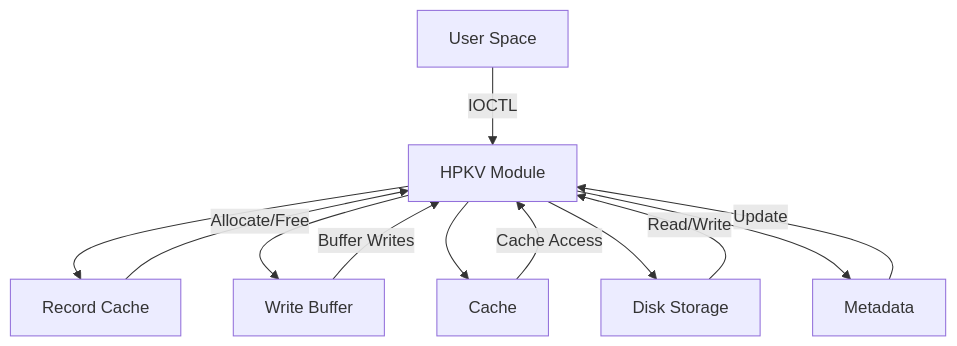
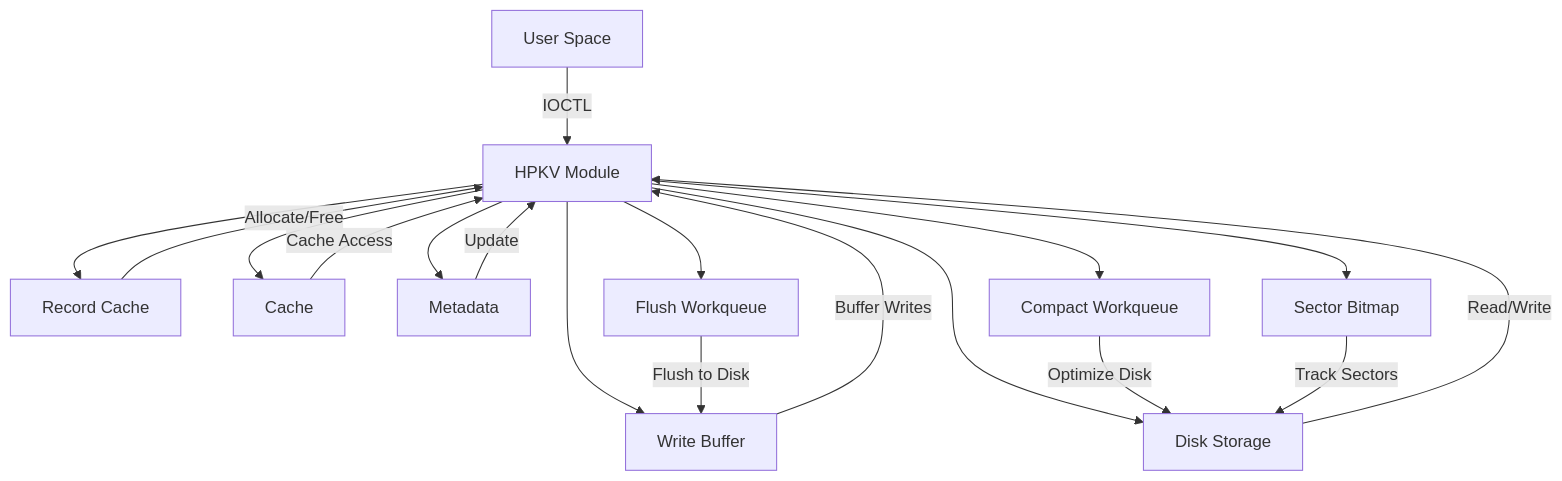
One commit to mehrantsi/high-performance-kv-store changed the first of 10 diagrams in TechnicalDesign.md. Above: the diagram before and after it, drawn with Mermaid. The commit also changed other lines of this file, not shown here.

````diff
--- a/TechnicalDesign.md
+++ b/TechnicalDesign.md
@@ -48,14 +53,20 @@
 ```mermaid
 graph TD
     A[User Space] -->|IOCTL| B[HPKV Module]
     B --> C[Record Cache]
     B --> D[Write Buffer]
     B --> E[Cache]
     B --> F[Disk Storage]
     B --> G[Metadata]
+    B --> H[Flush Workqueue]
+    B --> I[Compact Workqueue]
+    B --> J[Sector Bitmap]
     C -->|Allocate/Free| B
     D -->|Buffer Writes| B
     E -->|Cache Access| B
     F -->|Read/Write| B
     G -->|Update| B
+    H -->|Flush to Disk| D
+    I -->|Optimize Disk| F
+    J -->|Track Sectors| F
 ```
````
